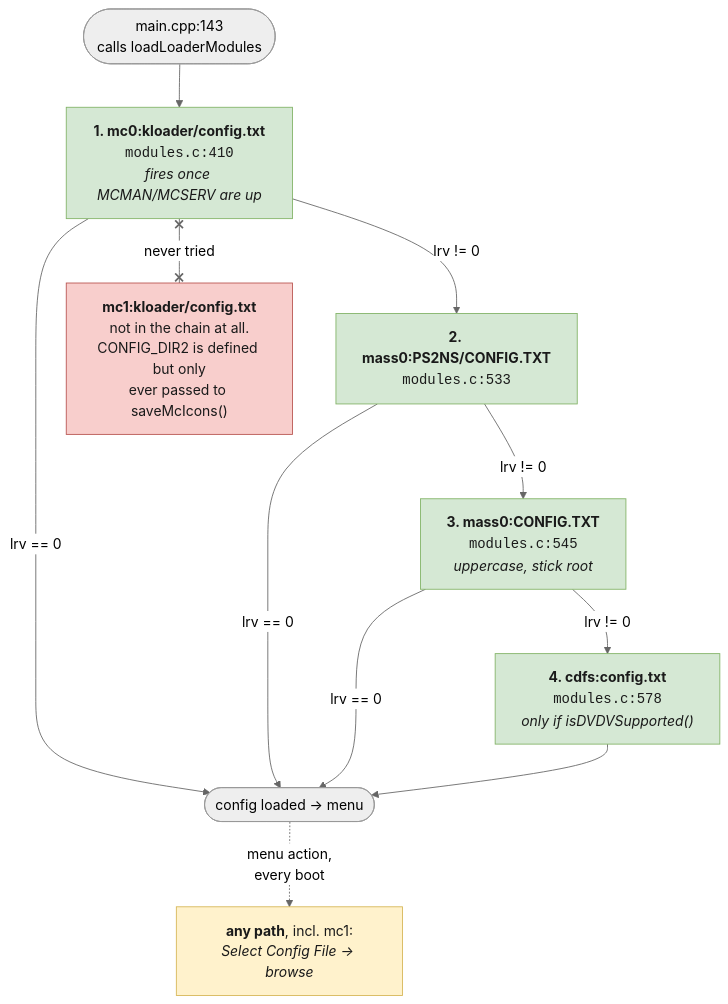
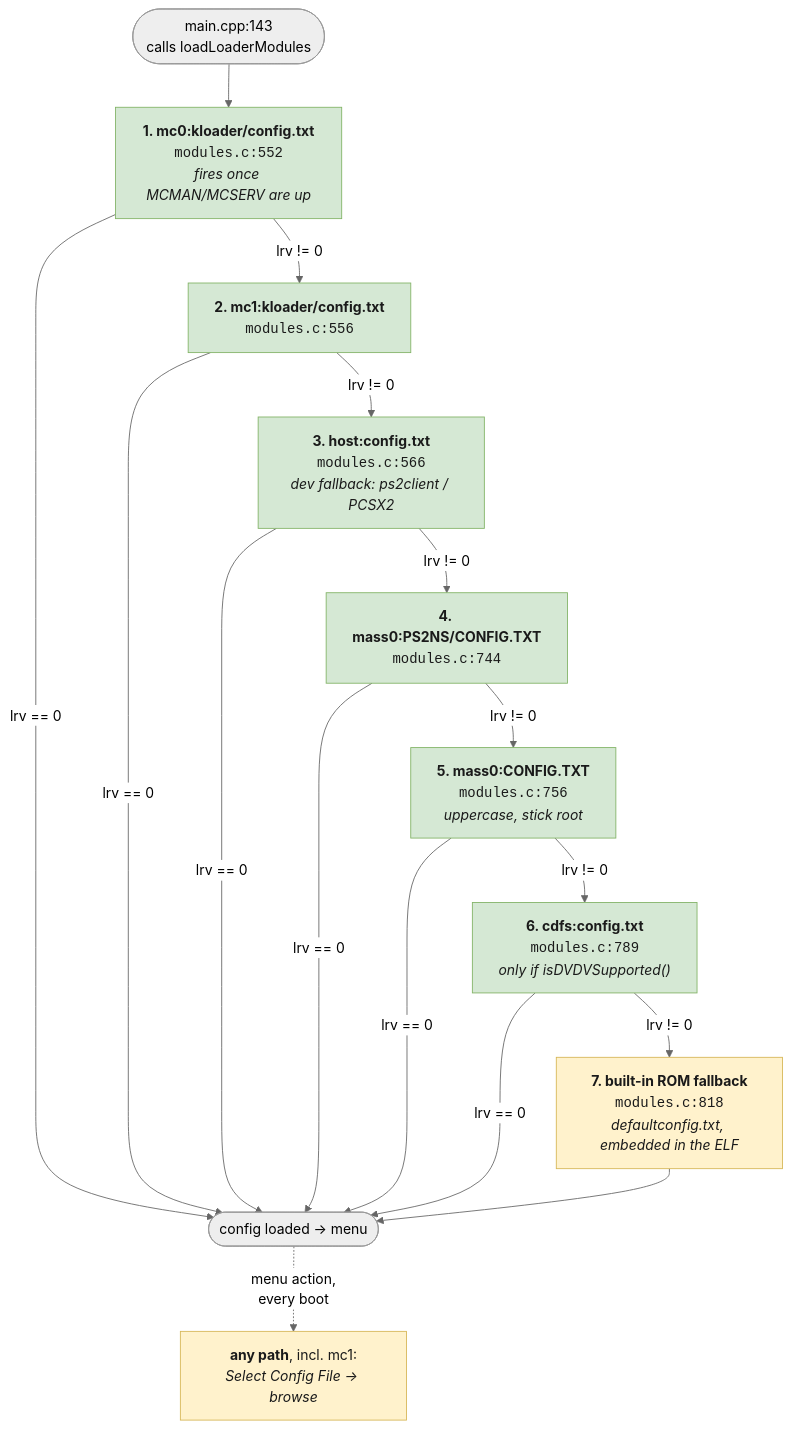
Before and after one commit to Arawn-Davies/kernelreloaded: the second of 3 diagrams in docs/kernelloader-internals.md, drawn with Mermaid (neutral theme). The commit also changed other lines of this file and 3 other files, not shown here.

````diff
--- a/docs/kernelloader-internals.md
+++ b/docs/kernelloader-internals.md
@@ -113,29 +118,38 @@
 ```mermaid
 flowchart TD
     S(["main.cpp:143<br/>calls loadLoaderModules"])
-    A1["<b>1. mc0:kloader/config.txt</b><br/><code>modules.c:410</code><br/><i>fires once MCMAN/MCSERV are up</i>"]
-    A2["<b>2. mass0:PS2NS/CONFIG.TXT</b><br/><code>modules.c:533</code>"]
-    A3["<b>3. mass0:CONFIG.TXT</b><br/><code>modules.c:545</code><br/><i>uppercase, stick root</i>"]
-    A4["<b>4. cdfs:config.txt</b><br/><code>modules.c:578</code><br/><i>only if isDVDVSupported()</i>"]
+    A1["<b>1. mc0:kloader/config.txt</b><br/><code>modules.c:552</code><br/><i>fires once MCMAN/MCSERV are up</i>"]
+    A2["<b>2. mc1:kloader/config.txt</b><br/><code>modules.c:556</code>"]
+    A3["<b>3. host:config.txt</b><br/><code>modules.c:566</code><br/><i>dev fallback: ps2client / PCSX2</i>"]
+    A4["<b>4. mass0:PS2NS/CONFIG.TXT</b><br/><code>modules.c:744</code>"]
+    A5["<b>5. mass0:CONFIG.TXT</b><br/><code>modules.c:756</code><br/><i>uppercase, stick root</i>"]
+    A6["<b>6. cdfs:config.txt</b><br/><code>modules.c:789</code><br/><i>only if isDVDVSupported()</i>"]
+    A7["<b>7. built-in ROM fallback</b><br/><code>modules.c:818</code><br/><i>defaultconfig.txt, embedded in the ELF</i>"]
     OK([config loaded → menu])
-    X["<b>mc1:kloader/config.txt</b><br/>not in the chain at all.<br/>CONFIG_DIR2 is defined but only<br/>ever passed to saveMcIcons()"]
     M3["<b>any path</b>, incl. mc1:<br/><i>Select Config File → browse</i>"]
 
     S --> A1
     A1 -->|"lrv == 0"| OK
     A1 -->|"lrv != 0"| A2
     A2 -->|"lrv == 0"| OK
     A2 -->|"lrv != 0"| A3
     A3 -->|"lrv == 0"| OK
     A3 -->|"lrv != 0"| A4
-    A4 --> OK
-    A1 x--x|"never tried"| X
+    A4 -->|"lrv == 0"| OK
+    A4 -->|"lrv != 0"| A5
+    A5 -->|"lrv == 0"| OK
+    A5 -->|"lrv != 0"| A6
+    A6 -->|"lrv == 0"| OK
+    A6 -->|"lrv != 0"| A7
+    A7 --> OK
     OK -.->|"menu action,<br/>every boot"| M3
 
     style A1 fill:#d5e8d4,stroke:#82b366,color:#1a1a1a
     style A2 fill:#d5e8d4,stroke:#82b366,color:#1a1a1a
     style A3 fill:#d5e8d4,stroke:#82b366,color:#1a1a1a
     style A4 fill:#d5e8d4,stroke:#82b366,color:#1a1a1a
-    style X fill:#f8cecc,stroke:#b85450,color:#1a1a1a
+    style A5 fill:#d5e8d4,stroke:#82b366,color:#1a1a1a
+    style A6 fill:#d5e8d4,stroke:#82b366,color:#1a1a1a
+    style A7 fill:#fff2cc,stroke:#d6b656,color:#1a1a1a
     style M3 fill:#fff2cc,stroke:#d6b656,color:#1a1a1a
 ```
````
